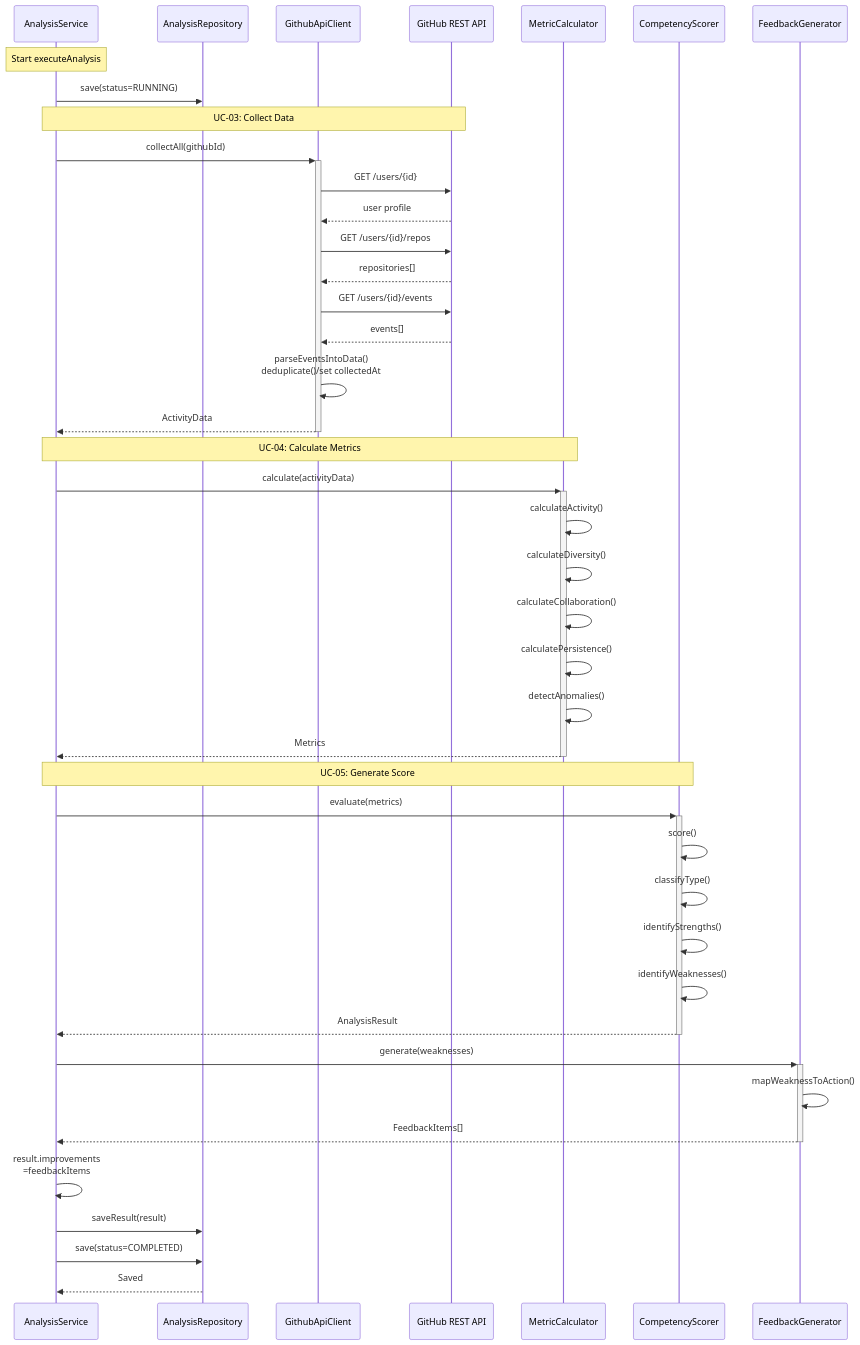
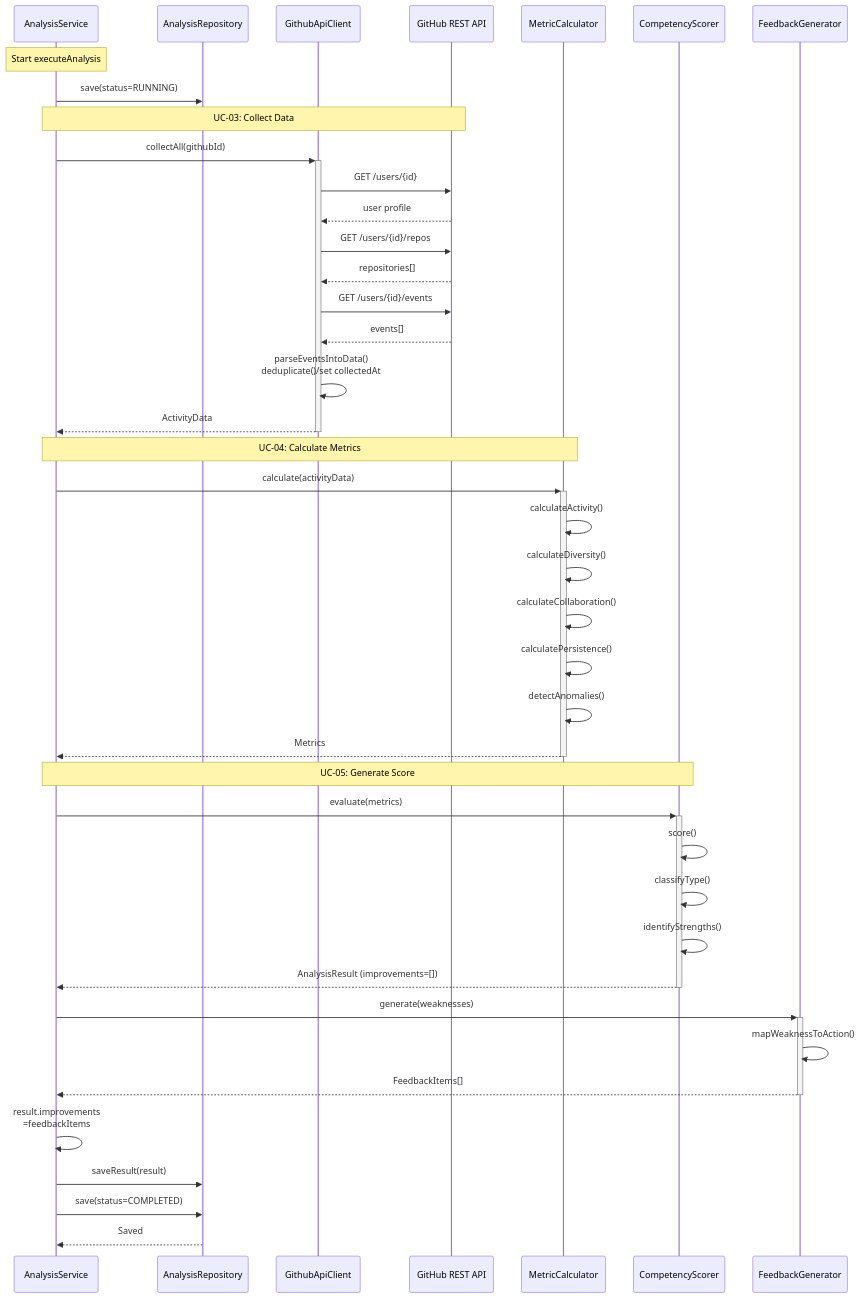
One commit to NotHyoone/OSS_Design changed diagram 13 of 15 in Design_[22212046_안효원].md. Above: the diagram before and after it, drawn with Mermaid. The commit also changed other lines of this file, not shown here.

````diff
--- a/Design_[22212046_안효원].md
+++ b/Design_[22212046_안효원].md
@@ -1694,50 +1695,49 @@
 ```mermaid
 sequenceDiagram
     participant AnalysisSvc as AnalysisService
     participant Repo as AnalysisRepository
     participant GithubClient as GithubApiClient
     participant GitHubAPI as GitHub REST API
     participant MetricCalc as MetricCalculator
     participant Scorer as CompetencyScorer
     participant FeedbackGen as FeedbackGenerator
 
     Note over AnalysisSvc: Start executeAnalysis
     AnalysisSvc->>Repo: save(status=RUNNING)
 
     Note over AnalysisSvc,GitHubAPI: UC-03: Collect Data
     AnalysisSvc->>+GithubClient: collectAll(githubId)
     GithubClient->>GitHubAPI: GET /users/{id}
     GitHubAPI-->>GithubClient: user profile
     GithubClient->>GitHubAPI: GET /users/{id}/repos
     GitHubAPI-->>GithubClient: repositories[]
     GithubClient->>GitHubAPI: GET /users/{id}/events
     GitHubAPI-->>GithubClient: events[]
     GithubClient->>GithubClient: parseEventsIntoData()<br/>deduplicate()/set collectedAt
     GithubClient-->>-AnalysisSvc: ActivityData
 
     Note over AnalysisSvc,MetricCalc: UC-04: Calculate Metrics
     AnalysisSvc->>+MetricCalc: calculate(activityData)
     MetricCalc->>MetricCalc: calculateActivity()
     MetricCalc->>MetricCalc: calculateDiversity()
     MetricCalc->>MetricCalc: calculateCollaboration()
     MetricCalc->>MetricCalc: calculatePersistence()
     MetricCalc->>MetricCalc: detectAnomalies()
     MetricCalc-->>-AnalysisSvc: Metrics
 
     Note over AnalysisSvc,Scorer: UC-05: Generate Score
     AnalysisSvc->>+Scorer: evaluate(metrics)
     Scorer->>Scorer: score()
     Scorer->>Scorer: classifyType()
     Scorer->>Scorer: identifyStrengths()
-    Scorer->>Scorer: identifyWeaknesses()
-    Scorer-->>-AnalysisSvc: AnalysisResult
+    Scorer-->>-AnalysisSvc: AnalysisResult (improvements=[])
 
     AnalysisSvc->>+FeedbackGen: generate(weaknesses)
     FeedbackGen->>FeedbackGen: mapWeaknessToAction()
     FeedbackGen-->>-AnalysisSvc: FeedbackItems[]
 
     AnalysisSvc->>AnalysisSvc: result.improvements<br/>=feedbackItems
     AnalysisSvc->>Repo: saveResult(result)
     AnalysisSvc->>Repo: save(status=COMPLETED)
     Repo-->>AnalysisSvc: Saved
 ```
````
